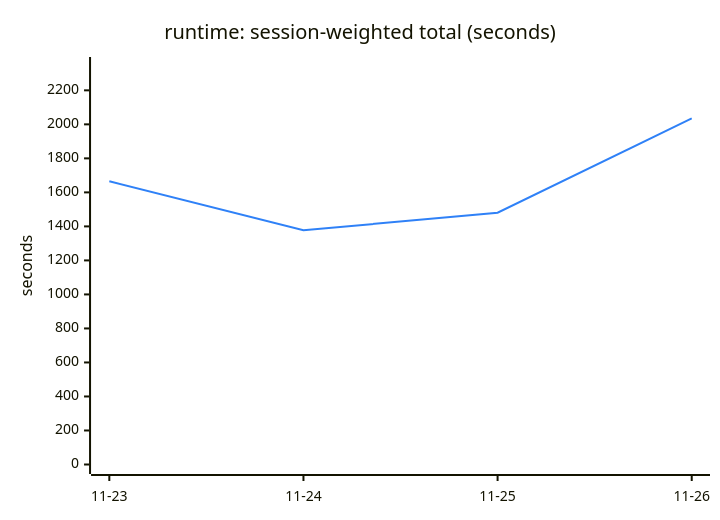
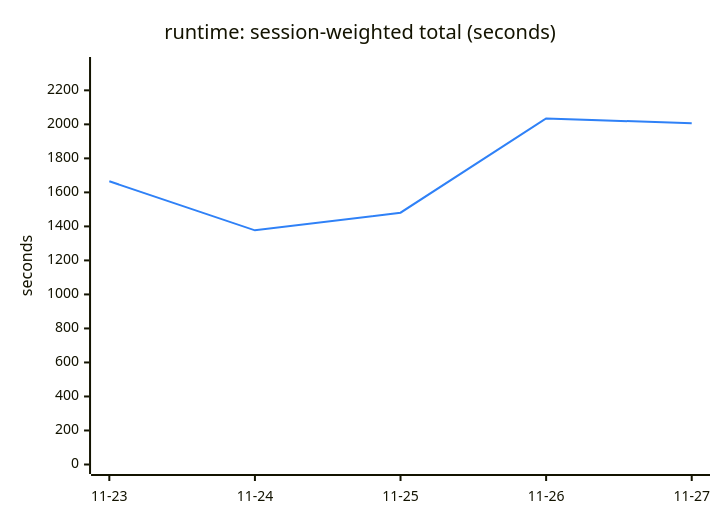
One commit to engalar/mxcli changed the sixth of 6 diagrams in TREND.md. Above: the diagram before and after it, drawn with Mermaid. The commit also changed other lines of this file and 2 other files, not shown here.

````diff
--- a/TREND.md
+++ b/TREND.md
@@ -137,13 +137,13 @@
 ```mermaid
 ---
 config:
   themeVariables:
     xyChart:
       plotColorPalette: "#2f81f7"
 ---
 xychart-beta
     title "runtime: session-weighted total (seconds)"
-    x-axis ["11-23", "11-24", "11-25", "11-26"]
+    x-axis ["11-23", "11-24", "11-25", "11-26", "11-27"]
     y-axis "seconds" 0 --> 2340.16
-    line [1665.07, 1376.89, 1480.64, 2034.93]
+    line [1665.07, 1376.89, 1480.64, 2034.93, 2006.02]
 ```
````
